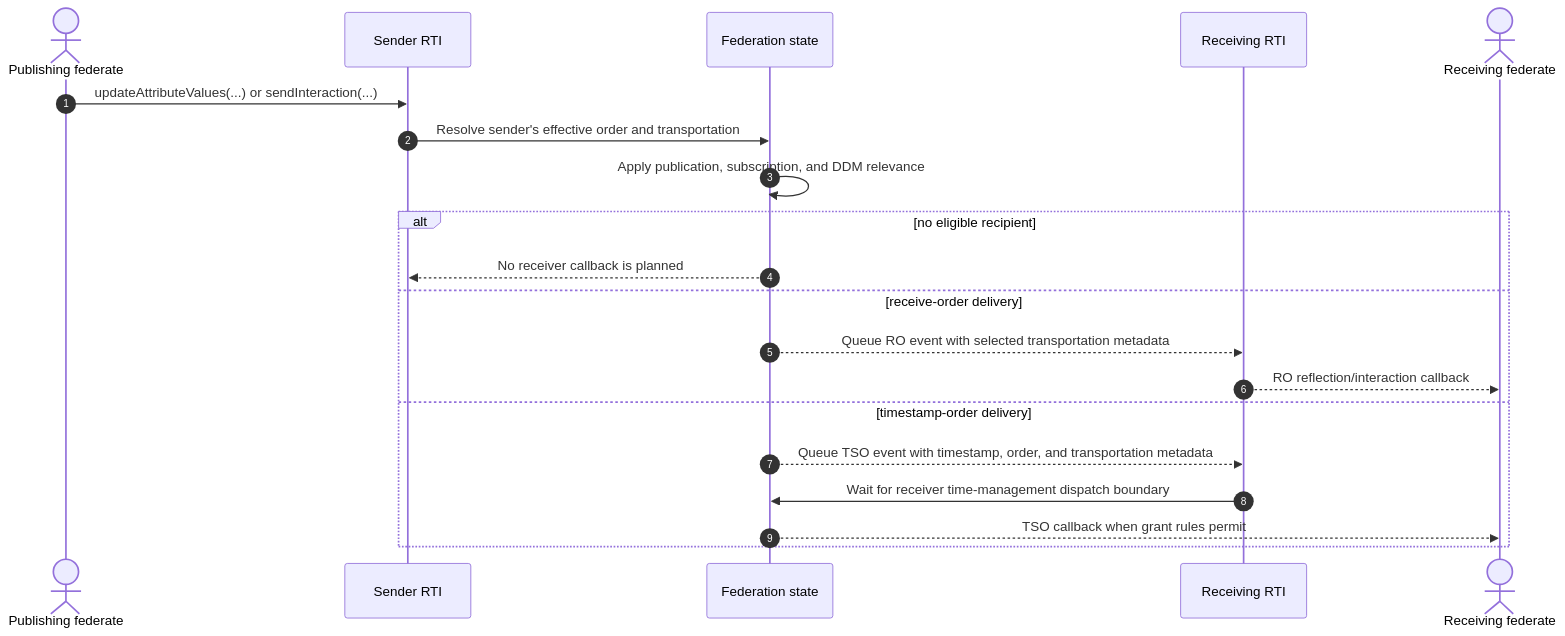
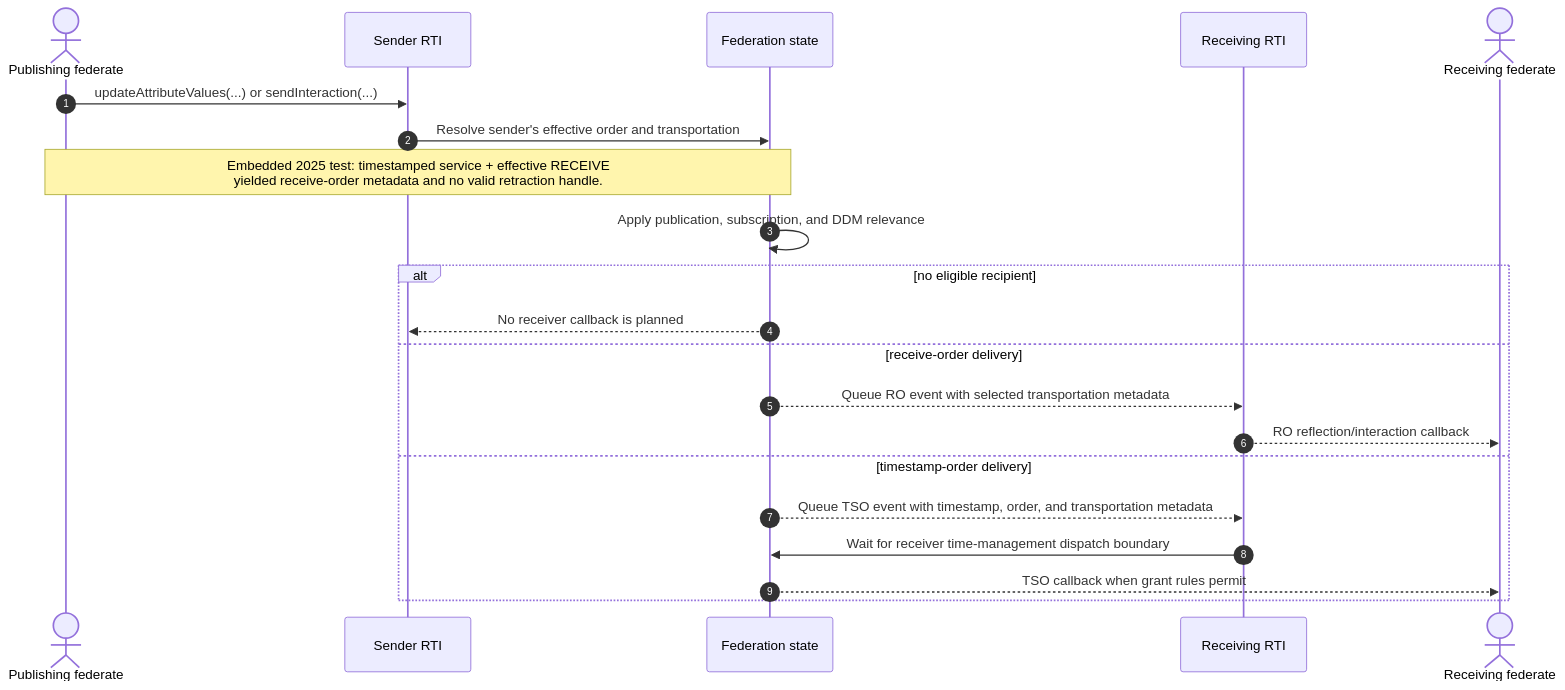
The fifth of 6 diagrams in docs/design/HLA-2025-ORDER-AND-TRANSPORTATION-FLOW-GUIDE.md (sheepfling/umbra), drawn with Mermaid before and after one commit. The commit also changed other lines of this file and 822 other files, not shown here.

````diff
--- a/docs/design/HLA-2025-ORDER-AND-TRANSPORTATION-FLOW-GUIDE.md
+++ b/docs/design/HLA-2025-ORDER-AND-TRANSPORTATION-FLOW-GUIDE.md
@@ -117,23 +247,24 @@
 ```mermaid
 sequenceDiagram
   autonumber
   actor Sender as Publishing federate
   participant SRTI as Sender RTI
   participant State as Federation state
   participant RRTI as Receiving RTI
   actor Receiver as Receiving federate
 
   Sender->>SRTI: updateAttributeValues(...) or sendInteraction(...)
   SRTI->>State: Resolve sender's effective order and transportation
+  Note over Sender,State: Embedded 2025 test: timestamped service + effective RECEIVE<br/>yielded receive-order metadata and no valid retraction handle.
   State->>State: Apply publication, subscription, and DDM relevance
   alt no eligible recipient
     State-->>SRTI: No receiver callback is planned
   else receive-order delivery
     State-->>RRTI: Queue RO event with selected transportation metadata
     RRTI-->>Receiver: RO reflection/interaction callback
   else timestamp-order delivery
     State-->>RRTI: Queue TSO event with timestamp, order, and transportation metadata
     RRTI->>State: Wait for receiver time-management dispatch boundary
     State-->>Receiver: TSO callback when grant rules permit
   end
 ```
````
